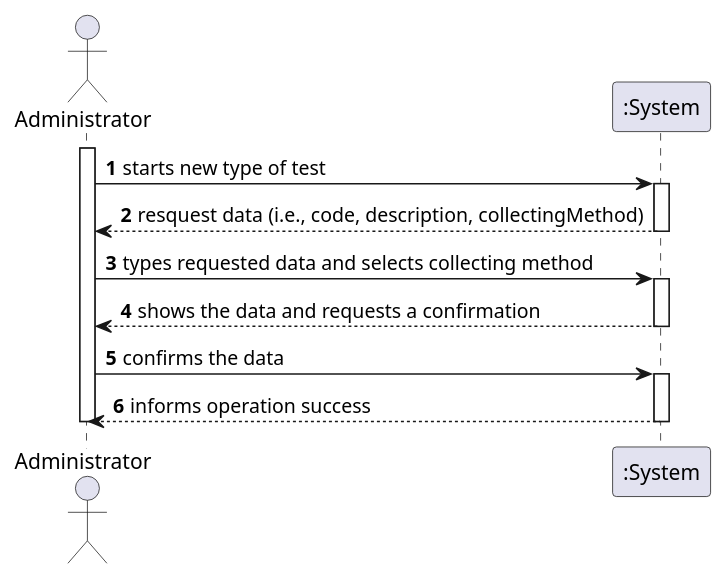
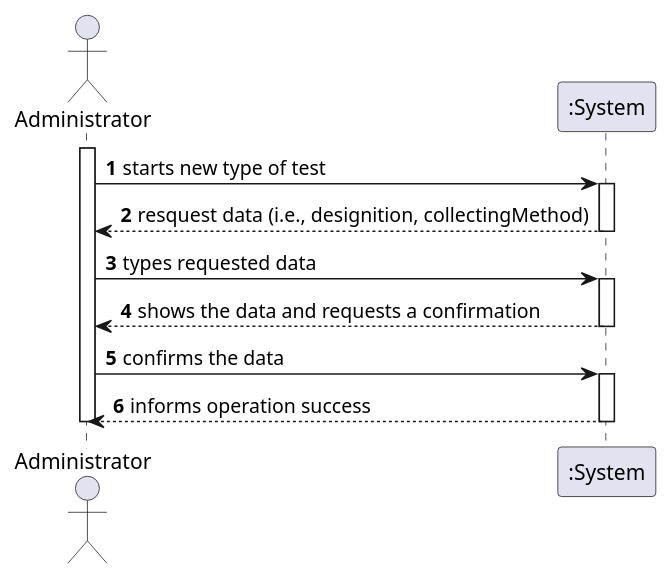
One commit to RuiRioPina/LAPR2-20-21 changed the diagram in docs/SprintB/US_9/UC9_SSD.puml. Above: the diagram before and after it, drawn with PlantUML. The commit also changed 6 other files, not shown here.

Commit message:
almost finishing the UC9 uml

```diff
--- a/docs/SprintB/US_9/UC9_SSD.puml
+++ b/docs/SprintB/US_9/UC9_SSD.puml
@@ -1,22 +1,22 @@
 @startuml
 autonumber
 actor "Administrator" as ADMIN
 
 activate ADMIN
 ADMIN-> ":System" : starts new type of test 
 activate ":System"
-":System" --> ADMIN : resquest data (i.e., code, description, collectingMethod)
+":System" --> ADMIN : resquest data (i.e., designition, collectingMethod)
 deactivate ":System"
 
-ADMIN -> ":System" : types requested data and selects collecting method
+ADMIN -> ":System" : types requested data
 activate ":System"
 ":System" --> ADMIN : shows the data and requests a confirmation
 deactivate ":System"
 
 ADMIN -> ":System" : confirms the data
 activate ":System"
 ":System" --> ADMIN : informs operation success
 deactivate ":System"
 
 deactivate ADMIN
 @enduml
```
